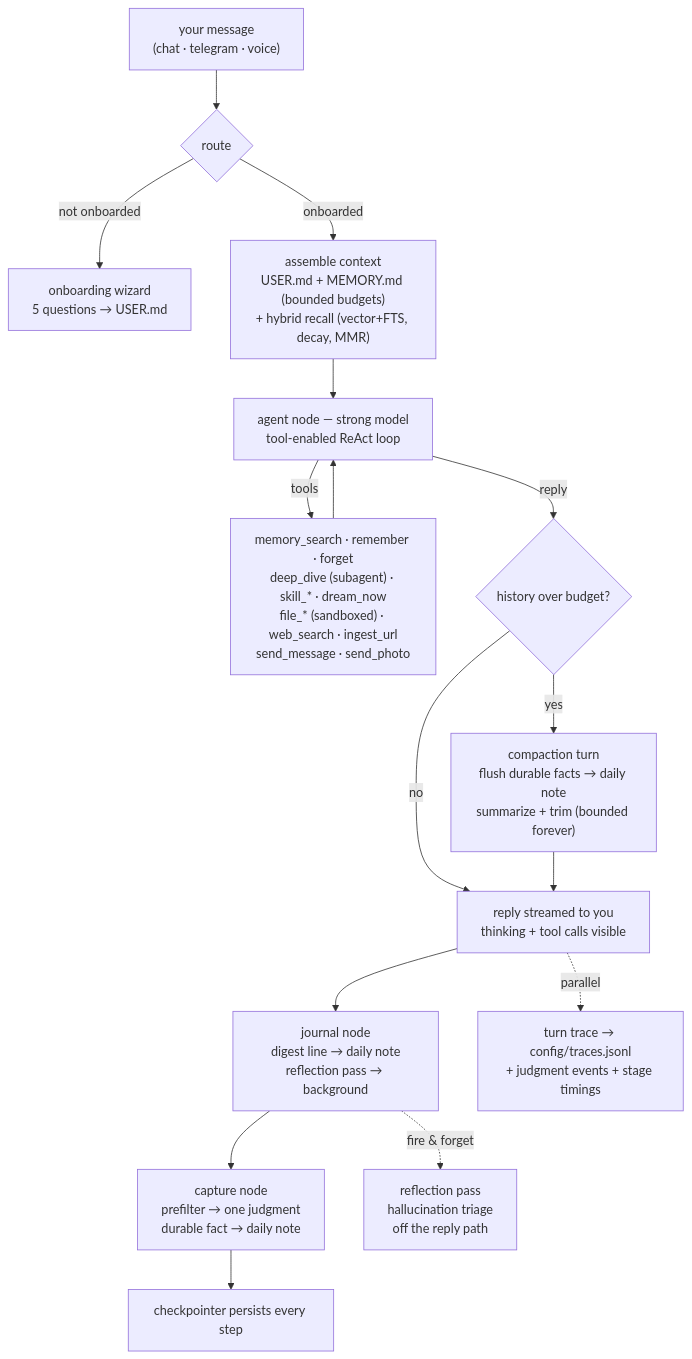
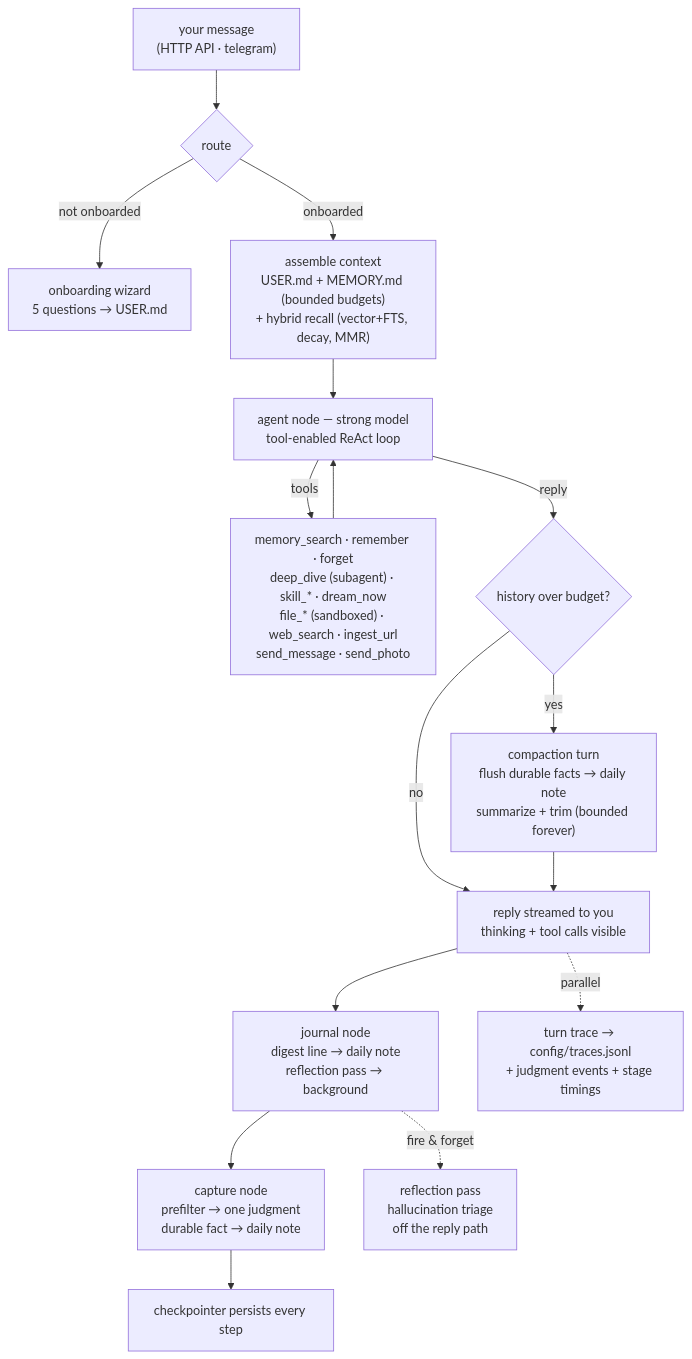
One commit to omhome16/Iris changed the first of 4 diagrams in README.md. Above: the diagram before and after it, drawn with Mermaid. The commit also changed other lines of this file and 7 other files, not shown here.

First line of the commit message:
docs: document the reborn architecture, and how to extend it

````diff
--- a/README.md
+++ b/README.md
@@ -65,18 +257,18 @@
 ```mermaid
 flowchart TD
-    M["your message<br/>(chat · telegram · voice)"] --> R{route}
+    M["your message<br/>(HTTP API · telegram)"] --> R{route}
     R -->|"not onboarded"| W["onboarding wizard<br/>5 questions → USER.md"]
     R -->|"onboarded"| C["assemble context<br/>USER.md + MEMORY.md (bounded budgets)<br/>+ hybrid recall (vector+FTS, decay, MMR)"]
     C --> A["agent node — strong model<br/>tool-enabled ReAct loop"]
     A -->|"tools"| T["memory_search · remember · forget<br/>deep_dive (subagent) · skill_* · dream_now<br/>file_* (sandboxed) · web_search · ingest_url<br/>send_message · send_photo"]
     T --> A
     A -->|"reply"| S{"history over budget?"}
     S -->|yes| P["compaction turn<br/>flush durable facts → daily note<br/>summarize + trim (bounded forever)"]
     S -->|no| X["reply streamed to you<br/>thinking + tool calls visible"]
     P --> X
     X --> J["journal node<br/>digest line → daily note<br/>reflection pass → background"]
     J --> K["capture node<br/>prefilter → one judgment<br/>durable fact → daily note"]
     K --> D["checkpointer persists every step"]
     X -.->|"parallel"| TR["turn trace → config/traces.jsonl<br/>+ judgment events + stage timings"]
     J -.->|"fire & forget"| RF["reflection pass<br/>hallucination triage<br/>off the reply path"]
 ```
````
